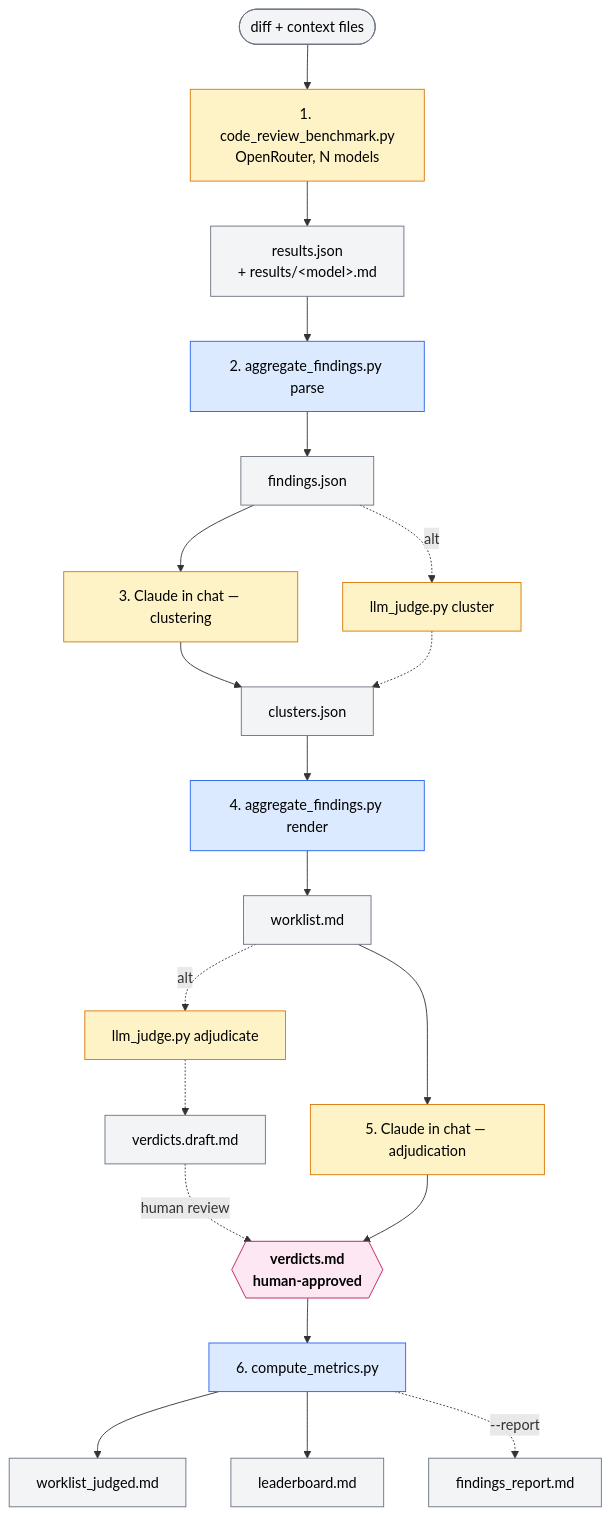
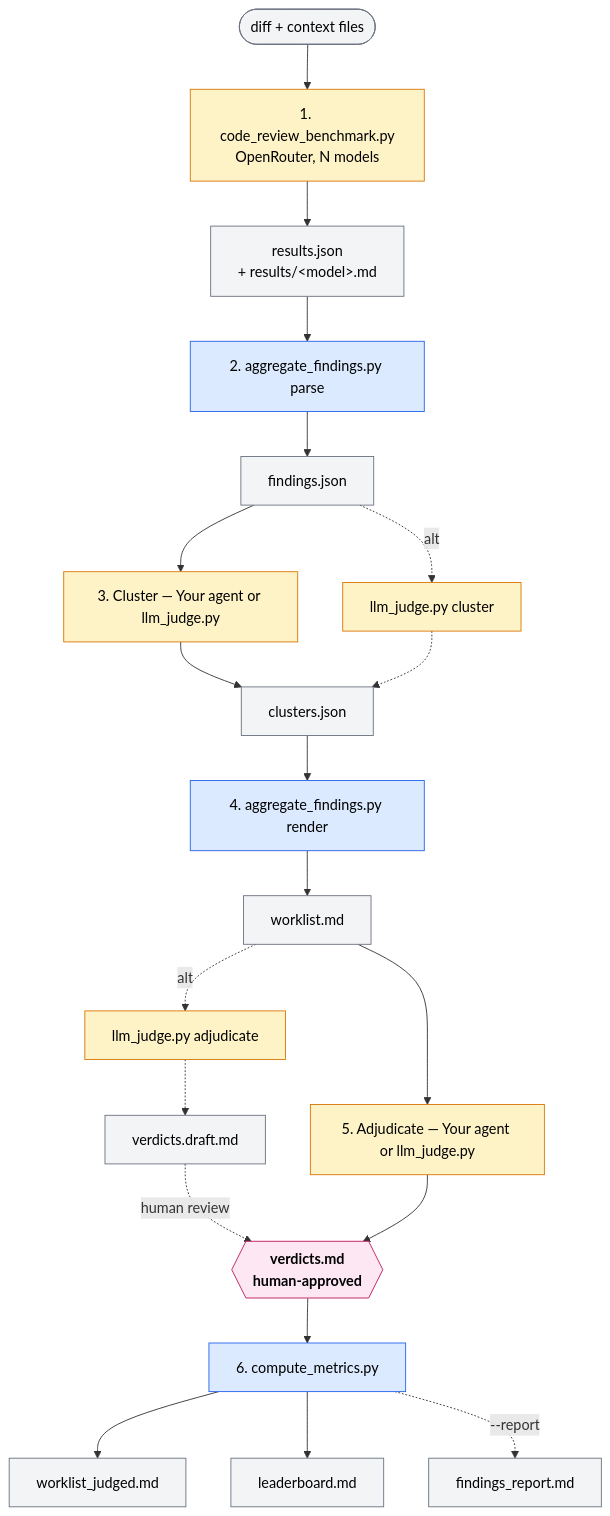
Before and after one commit to svetkis/ai-code-review-benchmark: the diagram in README.md, drawn with Mermaid. The commit also changed other lines of this file and 1 other file, not shown here.

First line of the commit message:
docs: neutralise judge/agent docs and document Serena dependency

````diff
--- a/README.md
+++ b/README.md
@@ -66,39 +71,39 @@
 ```mermaid
 flowchart TD
     Input([diff + context files])
 
     Input --> S1[1. code_review_benchmark.py<br/>OpenRouter, N models]
     S1 --> A1[results.json<br/>+ results/&lt;model&gt;.md]
 
     A1 --> S2[2. aggregate_findings.py parse]
     S2 --> A2[findings.json]
 
-    A2 --> S3[3. Claude in chat — clustering]
+    A2 --> S3[3. Cluster — Your agent or llm_judge.py]
     A2 -. alt .-> S3alt[llm_judge.py cluster]
     S3 --> A3[clusters.json]
     S3alt -.-> A3
 
     A3 --> S4[4. aggregate_findings.py render]
     S4 --> A4[worklist.md]
 
-    A4 --> S5[5. Claude in chat — adjudication]
+    A4 --> S5[5. Adjudicate — Your agent or llm_judge.py]
     A4 -. alt .-> S5alt[llm_judge.py adjudicate]
     S5alt -.-> Draft[verdicts.draft.md]
     Draft -. human review .-> Human
     S5 --> Human{{verdicts.md<br/>human-approved}}
 
     Human --> S6[6. compute_metrics.py]
     S6 --> Out1[worklist_judged.md]
     S6 --> Out2[leaderboard.md]
     S6 -. --report .-> Out3[findings_report.md]
 
     classDef llm fill:#fef3c7,stroke:#d97706,color:#000
     classDef py fill:#dbeafe,stroke:#2563eb,color:#000
     classDef human fill:#fce7f3,stroke:#be185d,color:#000,font-weight:bold
     classDef artifact fill:#f3f4f6,stroke:#6b7280,color:#000
 
     class S1,S3,S3alt,S5,S5alt llm
     class S2,S4,S6 py
     class Human human
     class Input,A1,A2,A3,A4,Draft,Out1,Out2,Out3 artifact
 ```
````
